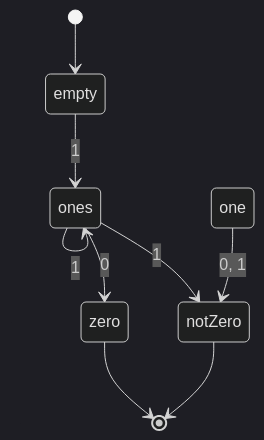
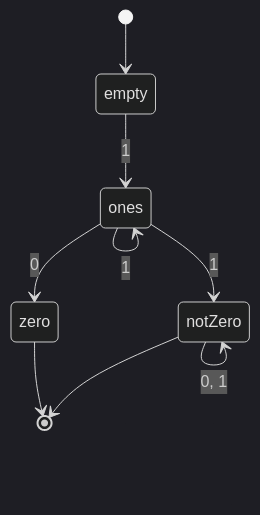
Before and after one commit to raganwald/raganwald.github.com: diagram 24 of 38 in _posts/2019-09-21-recognizing-myself.md, drawn with Mermaid (dark theme). The commit also changed other lines of this file and 1 other file, not shown here.

```diff
--- a/_posts/2019-09-21-recognizing-myself.md
+++ b/_posts/2019-09-21-recognizing-myself.md
@@ -1316,11 +1311,11 @@
 <div class="mermaid">
   stateDiagram
     [*]-->empty
     empty-->ones : 1
+    ones-->zero : 0
     ones-->ones : 1
-    ones --> zero : 0
-    ones --> notZero : 1
-    one --> notZero : 0, 1
+    ones-->notZero : 1
+    notZero --> notZero : 0, 1
     zero --> [*]
     notZero --> [*]
 </div>
```
